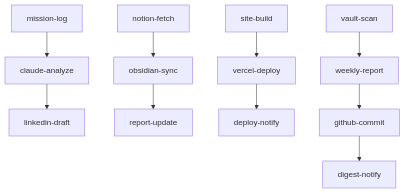
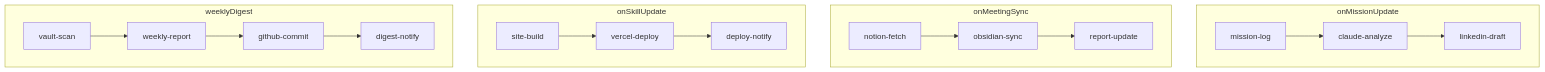
The seventh of 8 diagrams in 프로그램 흐름도.md (pandol69kim-bot/gitautopipe), drawn with Mermaid before and after one commit. The commit also changed other lines of this file and 5 other files, not shown here.

Commit message:
feat: Add new diagrams and update existing documentation for improved clarity and Mermaid compatibility

````diff
--- a/프로그램 흐름도.md
+++ b/프로그램 흐름도.md
@@ -202,25 +154,31 @@
 ```mermaid
-graph TD
-M1[mission-log]
-M2[claude-analyze]
-M3[linkedin-draft]
-N1[notion-fetch]
-N2[obsidian-sync]
-N3[report-update]
-S1[site-build]
-S2[vercel-deploy]
-S3[deploy-notify]
-W1[vault-scan]
-W2[weekly-report]
-W3[github-commit]
-W4[digest-notify]
-M1 --> M2
-M2 --> M3
-N1 --> N2
-N2 --> N3
-S1 --> S2
-S2 --> S3
-W1 --> W2
-W2 --> W3
-W3 --> W4
+flowchart TB
+  subgraph Mission["onMissionUpdate"]
+    M1["mission-log"]
+    M2["claude-analyze"]
+    M3["linkedin-draft"]
+    M1 --> M2 --> M3
+  end
+
+  subgraph Meeting["onMeetingSync"]
+    N1["notion-fetch"]
+    N2["obsidian-sync"]
+    N3["report-update"]
+    N1 --> N2 --> N3
+  end
+
+  subgraph Skill["onSkillUpdate"]
+    S1["site-build"]
+    S2["vercel-deploy"]
+    S3["deploy-notify"]
+    S1 --> S2 --> S3
+  end
+
+  subgraph Weekly["weeklyDigest"]
+    W1["vault-scan"]
+    W2["weekly-report"]
+    W3["github-commit"]
+    W4["digest-notify"]
+    W1 --> W2 --> W3 --> W4
+  end
 ```
````
